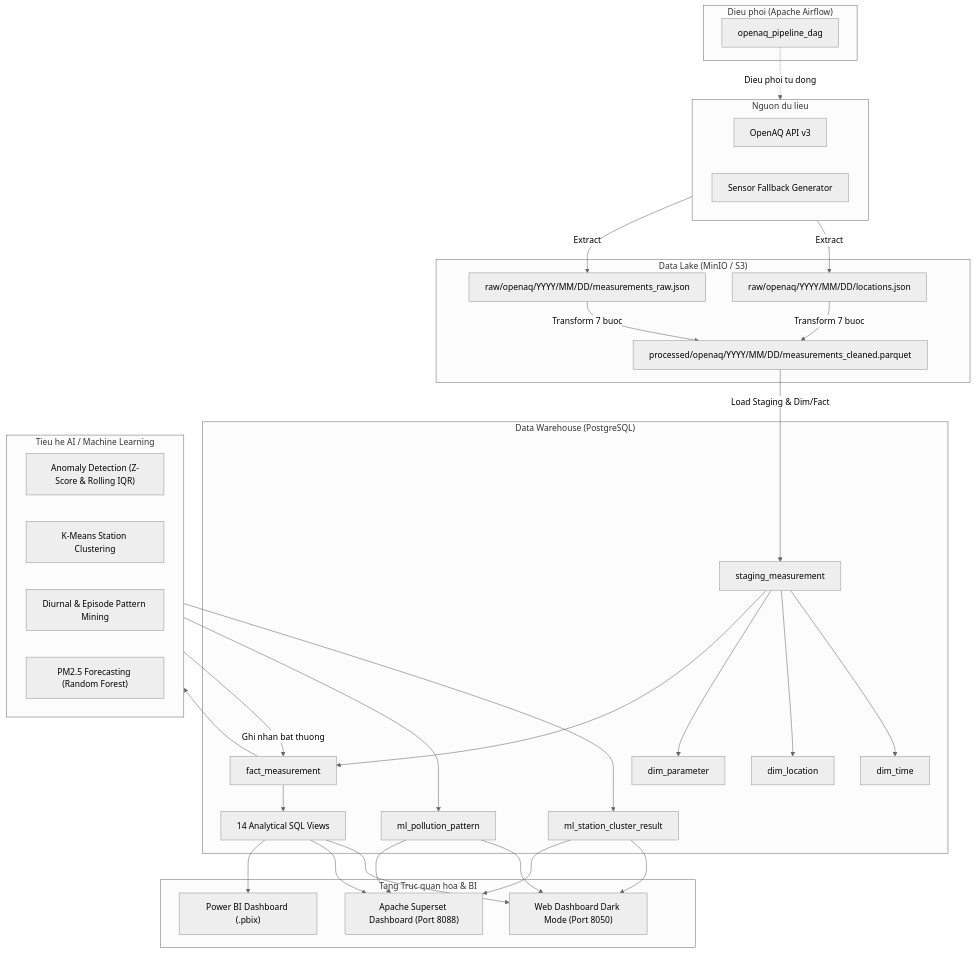
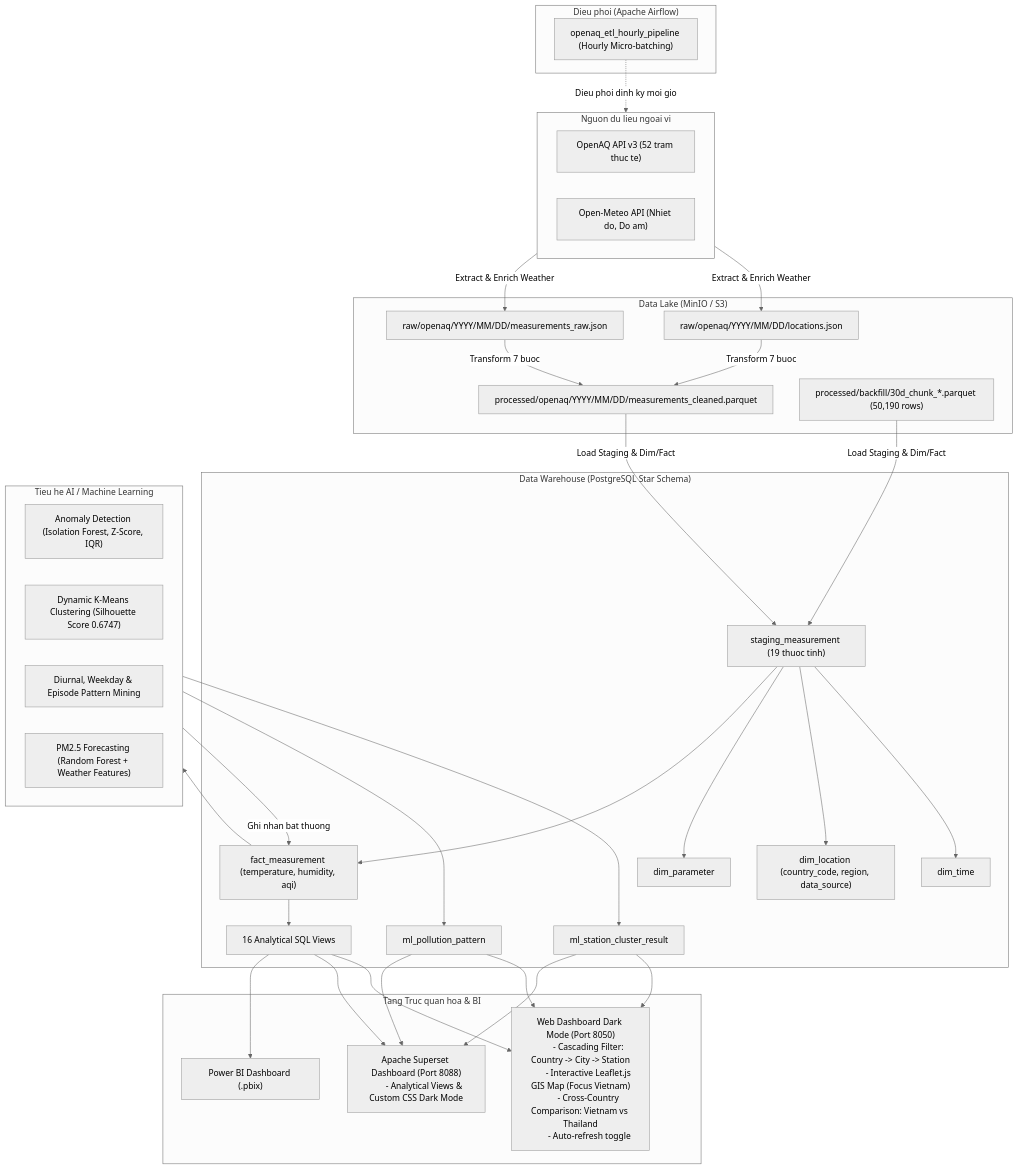
The diagram in PROJECT_OVERVIEW.md (KazuTTL/OpenAQ-Project), drawn with Mermaid (neutral theme) before and after one commit. The commit also changed other lines of this file and 2 other files, not shown here.

Commit message:
docs: update project overview, architecture and operational guide for 20-city expansion

````diff
--- a/PROJECT_OVERVIEW.md
+++ b/PROJECT_OVERVIEW.md
@@ -21,55 +25,60 @@
 ```mermaid
 flowchart TD
-    subgraph Data_Sources ["Nguon du lieu"]
-        S1["OpenAQ API v3"]
-        S2["Sensor Fallback Generator"]
+    subgraph Data_Sources ["Nguon du lieu ngoai vi"]
+        S1["OpenAQ API v3 (52 tram thuc te)"]
+        S2["Open-Meteo API (Nhiet do, Do am)"]
     end
 
     subgraph Data_Lake ["Data Lake (MinIO / S3)"]
         DL1["raw/openaq/YYYY/MM/DD/locations.json"]
         DL2["raw/openaq/YYYY/MM/DD/measurements_raw.json"]
         DL3["processed/openaq/YYYY/MM/DD/measurements_cleaned.parquet"]
+        DL4["processed/backfill/30d_chunk_*.parquet (50,190 rows)"]
     end
 
     subgraph Orchestration ["Dieu phoi (Apache Airflow)"]
-        AF1["openaq_pipeline_dag"]
+        AF1["openaq_etl_hourly_pipeline (Hourly Micro-batching)"]
     end
 
-    subgraph DWH ["Data Warehouse (PostgreSQL)"]
-        STG["staging_measurement"]
+    subgraph DWH ["Data Warehouse (PostgreSQL Star Schema)"]
+        STG["staging_measurement (19 thuoc tinh)"]
         DIM1["dim_time"]
-        DIM2["dim_location"]
+        DIM2["dim_location (country_code, region, data_source)"]
         DIM3["dim_parameter"]
-        FACT["fact_measurement"]
+        FACT["fact_measurement (temperature, humidity, aqi)"]
         ML1["ml_station_cluster_result"]
         ML2["ml_pollution_pattern"]
-        VIEWS["14 Analytical SQL Views"]
+        VIEWS["16 Analytical SQL Views"]
     end
 
     subgraph AI_ML ["Tieu he AI / Machine Learning"]
-        ANOM["Anomaly Detection (Z-Score & Rolling IQR)"]
-        CLUS["K-Means Station Clustering"]
-        PATT["Diurnal & Episode Pattern Mining"]
-        FORE["PM2.5 Forecasting (Random Forest)"]
+        ANOM["Anomaly Detection (Isolation Forest, Z-Score, IQR)"]
+        CLUS["Dynamic K-Means Clustering (Silhouette Score 0.6747)"]
+        PATT["Diurnal, Weekday & Episode Pattern Mining"]
+        FORE["PM2.5 Forecasting (Random Forest + Weather Features)"]
     end
 
     subgraph Visualization ["Tang Truc quan hoa & BI"]
-        WEB["Web Dashboard Dark Mode (Port 8050)"]
-        SUP["Apache Superset Dashboard (Port 8088)"]
+        WEB["Web Dashboard Dark Mode (Port 8050)
+        - Cascading Filter: Country -> City -> Station
+        - Interactive Leaflet.js GIS Map (Focus Vietnam)
+        - Cross-Country Comparison: Vietnam vs Thailand
+        - Auto-refresh toggle"]
+        SUP["Apache Superset Dashboard (Port 8088)
+        - Analytical Views & Custom CSS Dark Mode"]
         PBI["Power BI Dashboard (.pbix)"]
     end
 
-    Data_Sources -->|Extract| DL1
-    Data_Sources -->|Extract| DL2
+    Data_Sources -->|Extract & Enrich Weather| DL1 & DL2
     DL1 & DL2 -->|Transform 7 buoc| DL3
-    DL3 -->|Load Staging & Dim/Fact| STG
+    DL3 & DL4 -->|Load Staging & Dim/Fact| STG
     STG --> DIM1 & DIM2 & DIM3 & FACT
     FACT --> VIEWS
     FACT --> AI_ML
     AI_ML --> ML1 & ML2
     AI_ML -->|Ghi nhan bat thuong| FACT
     VIEWS & ML1 & ML2 --> WEB
     VIEWS & ML1 & ML2 --> SUP
     VIEWS --> PBI
-    AF1 -.->|Dieu phoi tu dong| Data_Sources
+    AF1 -.->|Dieu phoi dinh ky moi gio| Data_Sources
 ```
````
